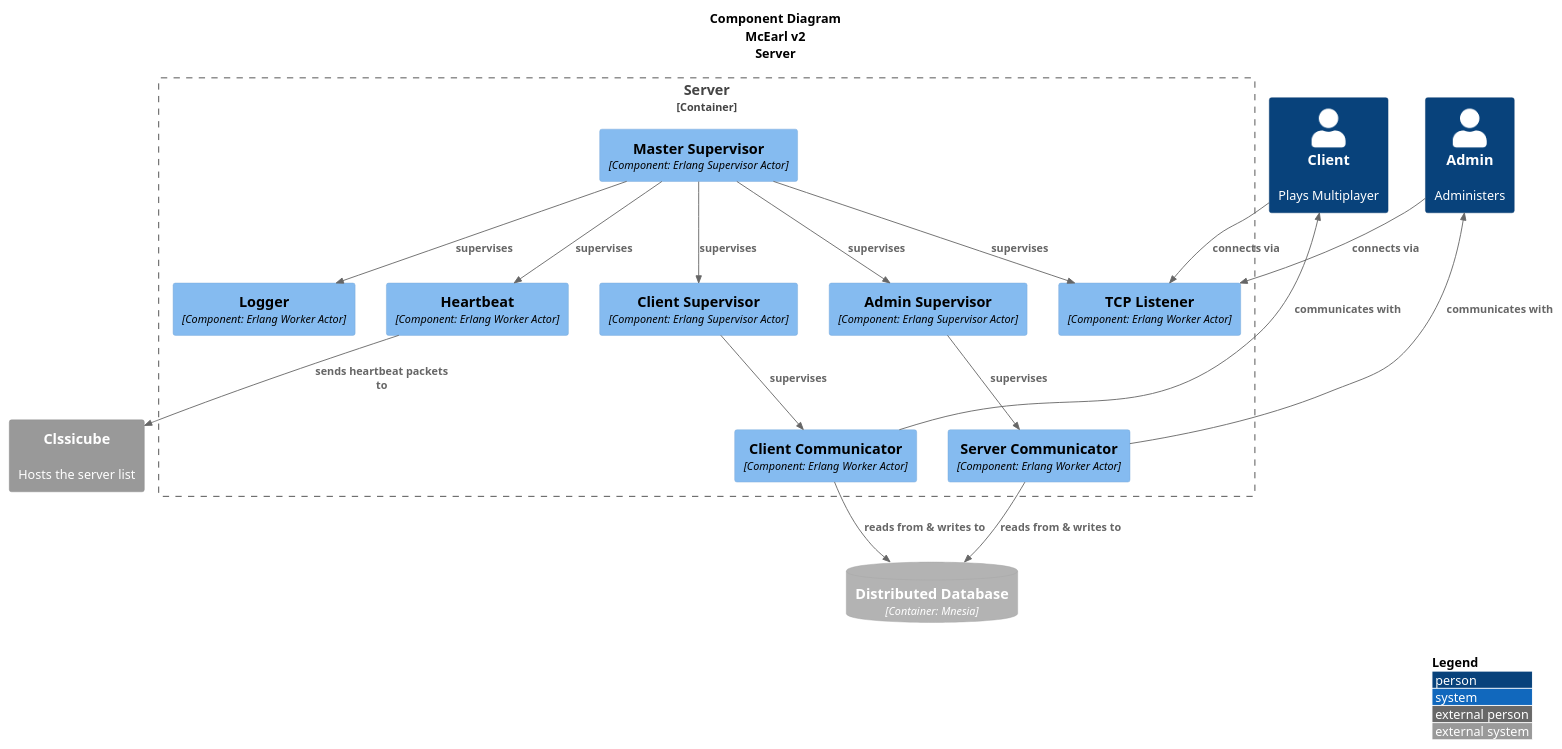
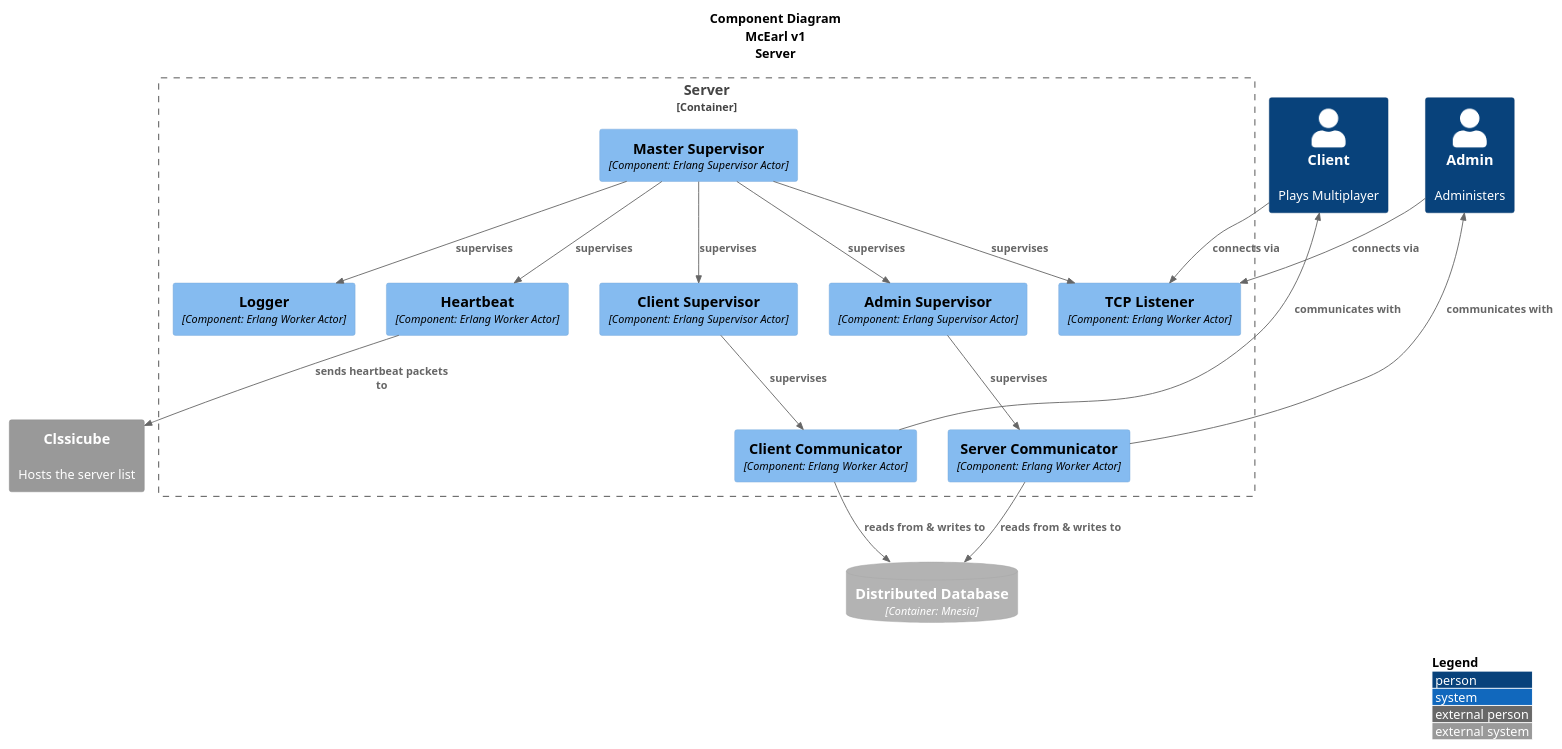
Before and after one commit to OT7EtoYoshimura/mcearl: the diagram in doc/diagrams/c3-server-v1.puml, drawn with PlantUML. The commit also changed 12 other files, not shown here.

```diff
--- a/doc/diagrams/c3-server-v1.puml
+++ b/doc/diagrams/c3-server-v1.puml
@@ -1,43 +1,43 @@
-@startuml server-v1
+@startuml c3-server-v1
 
 !include https://raw.githubusercontent.com/plantuml-stdlib/C4-PlantUML/master/C4_Container.puml
 !include https://raw.githubusercontent.com/plantuml-stdlib/C4-PlantUML/master/C4_Component.puml
 !include https://raw.githubusercontent.com/plantuml-stdlib/C4-PlantUML/master/C4_Context.puml
 
-title Component Diagram\nMcEarl v2\nServer
+title Component Diagram\nMcEarl v1\nServer
 AddRelTag("dashed", $lineStyle = DashedLine())
 
 Person(client, "Client", "Plays Multiplayer")
 Person(admin, "Admin", "Administers")
 
 Container_Boundary(boundary, "Server") {
 	Component(masterSup, "Master Supervisor", "Component: Erlang Supervisor Actor")
 	Component(logger, "Logger", "Component: Erlang Worker Actor")
 	Component(listen, "TCP Listener", "Component: Erlang Worker Actor")
 	Component(heartbeat, "Heartbeat", "Component: Erlang Worker Actor")
 	Component(clientSup, "Client Supervisor", "Component: Erlang Supervisor Actor")
 	Component(clientComp, "Client Communicator", "Component: Erlang Worker Actor")
 	Component(adminSup, "Admin Supervisor", "Component: Erlang Supervisor Actor")
 	Component(adminComp, "Server Communicator", "Component: Erlang Worker Actor")
 }
 
 System_Ext(classicube, "Clssicube", "Hosts the server list")
 ContainerDb_Ext(db, "Distributed Database", "Container: Mnesia")
 
 Rel_D(client, listen, "connects via")
 Rel_D(admin, listen, "connects via")
 Rel(heartbeat, classicube, "sends heartbeat packets to")
 Rel(masterSup, logger, "supervises")
 Rel(masterSup, clientSup, "supervises")
 Rel(masterSup, adminSup, "supervises")
 Rel(masterSup, listen, "supervises")
 Rel(masterSup, heartbeat, "supervises")
 Rel(clientSup, clientComp, "supervises")
 Rel(clientComp, db, "reads from & writes to")
 Rel_U(clientComp, client, "communicates with")
 Rel(adminSup, adminComp, "supervises")
 Rel_U(adminComp, admin, "communicates with")
 Rel(adminComp, db, "reads from & writes to")
 
 LAYOUT_WITH_LEGEND()
 @enduml
```
